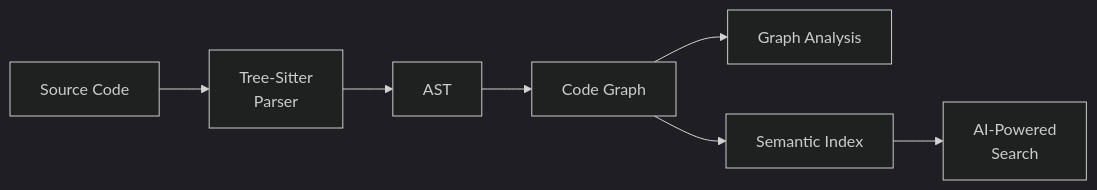
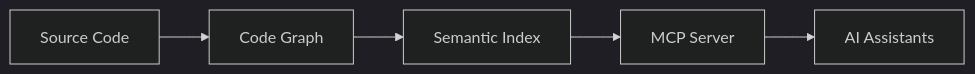
Before and after one commit to codeprysm/codeprysm: the diagram in README.md, drawn with Mermaid (dark theme).

Commit message:
docs: simplify How It Works diagram

````diff
--- a/README.md
+++ b/README.md
@@ -71,9 +71,7 @@
 ```mermaid
 graph LR
-    A[Source Code] --> B[Tree-Sitter<br/>Parser]
-    B --> C[AST]
-    C --> D[Code Graph]
-    D --> E[Graph Analysis]
-    D --> F[Semantic Index]
-    F --> G[AI-Powered<br/>Search]
+    A[Source Code] --> B[Code Graph]
+    B --> C[Semantic Index]
+    C --> D[MCP Server]
+    D --> E[AI Assistants]
 ```
````
